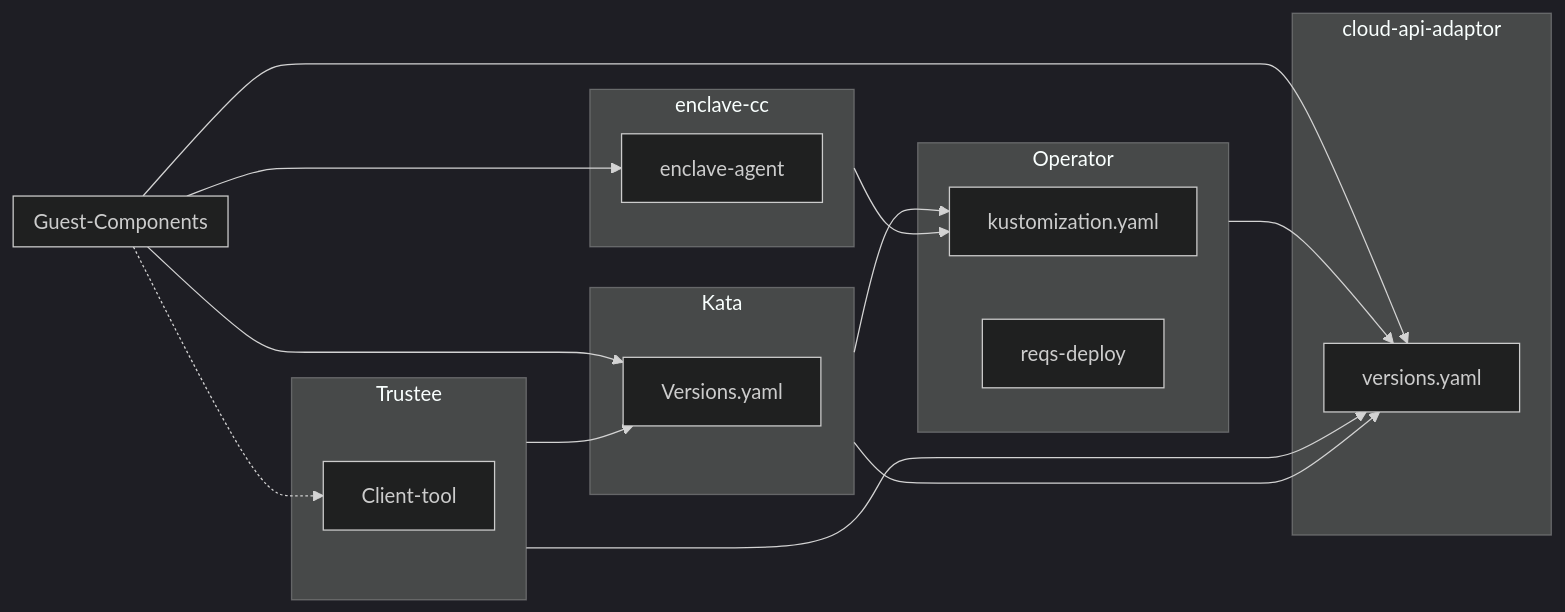
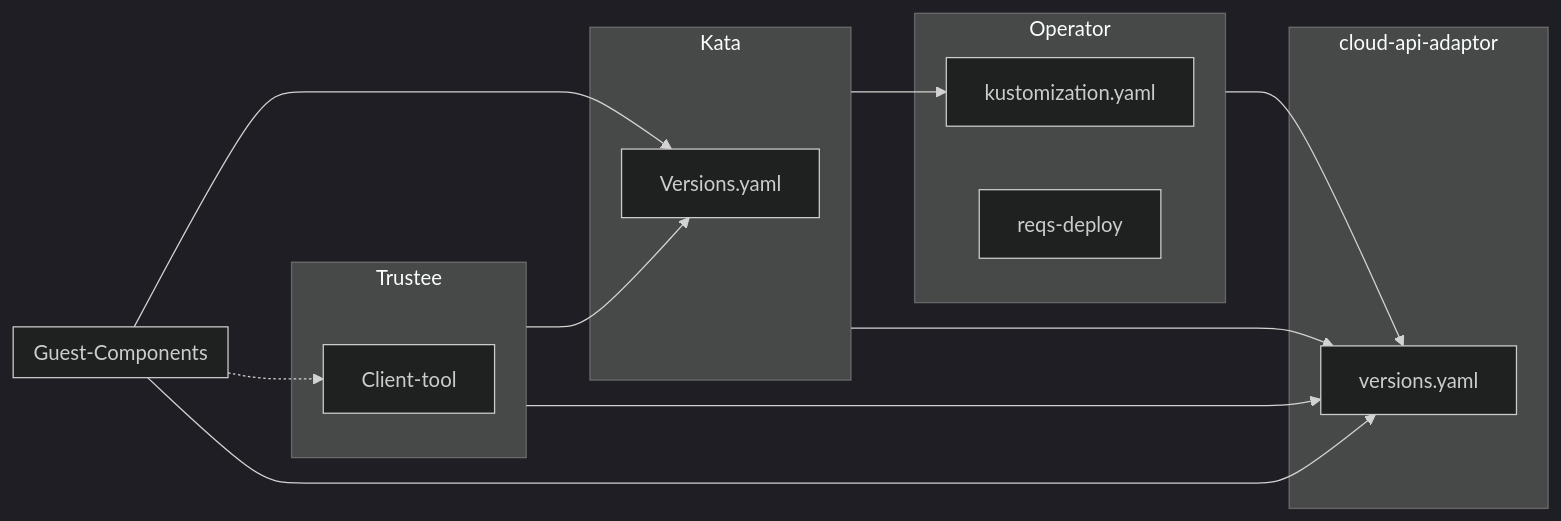
Before and after one commit to confidential-containers/confidential-containers: the diagram in .github/ISSUE_TEMPLATE/release-check-list.md, drawn with Mermaid (dark theme). The commit also changed other lines of this file, not shown here.

First line of the commit message:
release template: drop enclave-cc steps

````diff
--- a/.github/ISSUE_TEMPLATE/release-check-list.md
+++ b/.github/ISSUE_TEMPLATE/release-check-list.md
@@ -15,32 +15,27 @@
 ```mermaid
 flowchart LR
     Trustee --> Versions.yaml
     Guest-Components --> Versions.yaml
     Kata --> kustomization.yaml
     Guest-Components .-> Client-tool
-    Guest-Components --> enclave-agent
-    enclave-cc --> kustomization.yaml
     Operator --> versions.yaml
     Guest-Components --> versions.yaml
     Trustee --> versions.yaml
     Kata --> versions.yaml
 
     subgraph Kata
         Versions.yaml
     end
     subgraph Guest-Components
     end
     subgraph Trustee
         Client-tool
     end
-    subgraph enclave-cc
-        enclave-agent
-    end
     subgraph Operator
         kustomization.yaml
         reqs-deploy
     end
     subgraph cloud-api-adaptor
         versions.yaml
     end
 ```
````
